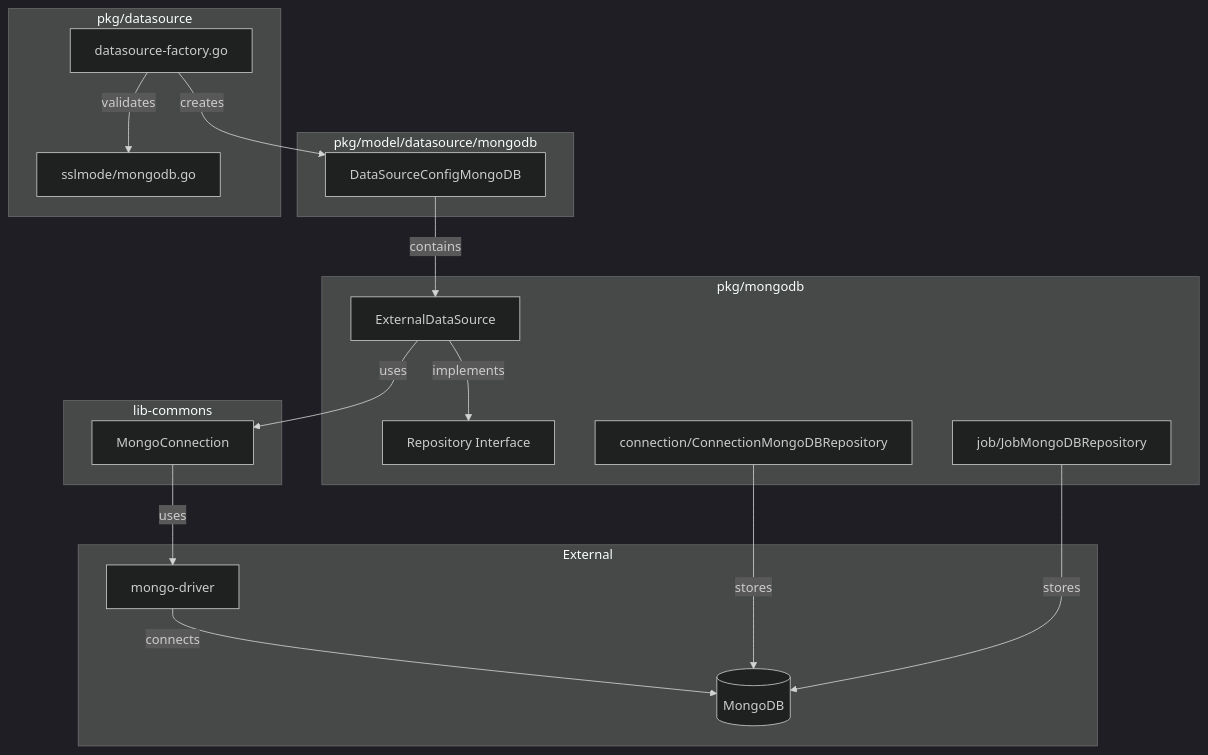
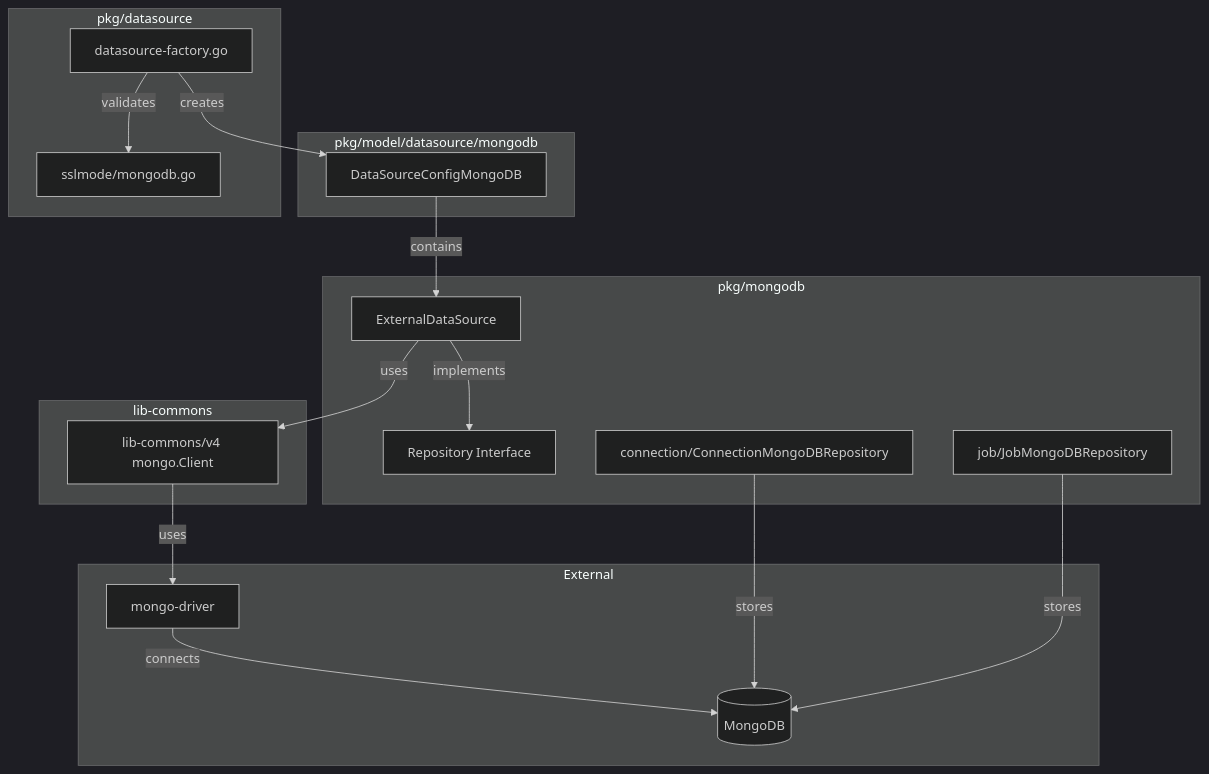
The first of 4 diagrams in pkg/mongodb/README.md (LerianStudio/fetcher), drawn with Mermaid (dark theme) before and after one commit. The commit also changed other lines of this file and 95 other files, not shown here.

First line of the commit message:
refactor(core): complete lib-commons v4 migration

````diff
--- a/pkg/mongodb/README.md
+++ b/pkg/mongodb/README.md
@@ -27,37 +27,37 @@
 ```mermaid
 graph TB
     subgraph "pkg/model/datasource/mongodb"
         DSConfig[DataSourceConfigMongoDB]
     end
 
     subgraph "pkg/mongodb"
         Repo[ExternalDataSource]
         RepoInterface[Repository Interface]
         ConnMongo[connection/ConnectionMongoDBRepository]
         JobMongo[job/JobMongoDBRepository]
     end
 
     subgraph "pkg/datasource"
         Factory[datasource-factory.go]
         SSLMode[sslmode/mongodb.go]
     end
 
     subgraph "External"
         Driver[mongo-driver]
         DB[(MongoDB)]
     end
 
     subgraph "lib-commons"
-        MongoConn[MongoConnection]
+        MongoClient[lib-commons/v4 mongo.Client]
     end
 
     Factory -->|creates| DSConfig
     Factory -->|validates| SSLMode
     DSConfig -->|contains| Repo
     Repo -->|implements| RepoInterface
-    Repo -->|uses| MongoConn
-    MongoConn -->|uses| Driver
+    Repo -->|uses| MongoClient
+    MongoClient -->|uses| Driver
     Driver -->|connects| DB
     ConnMongo -->|stores| DB
     JobMongo -->|stores| DB
 ```
````
